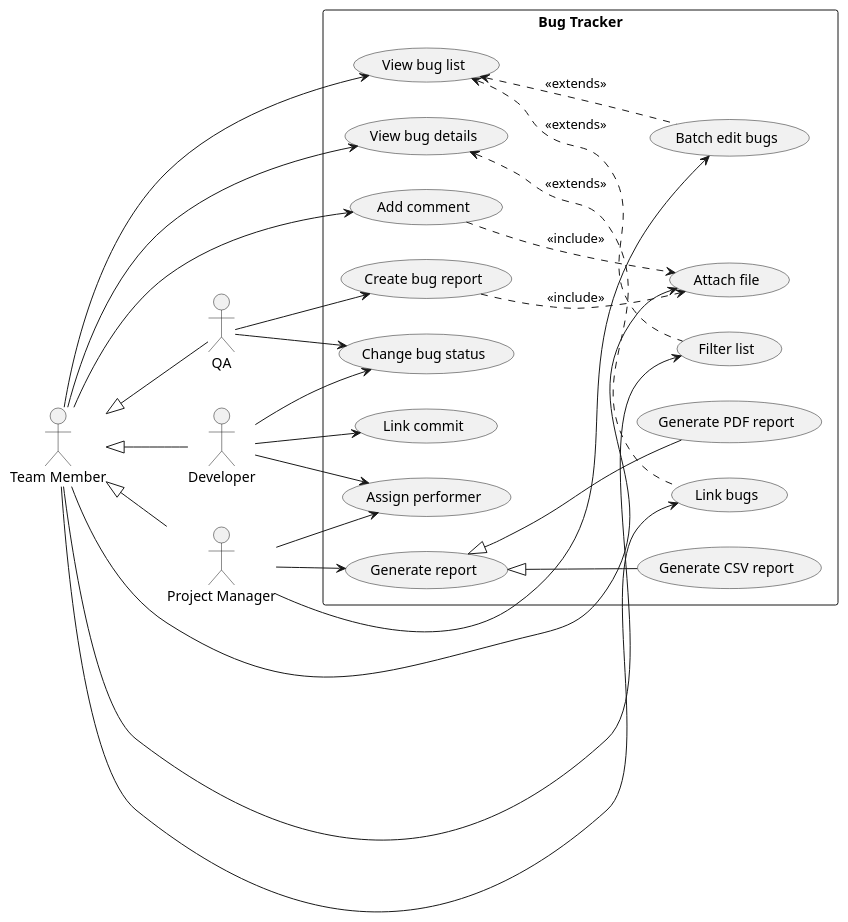
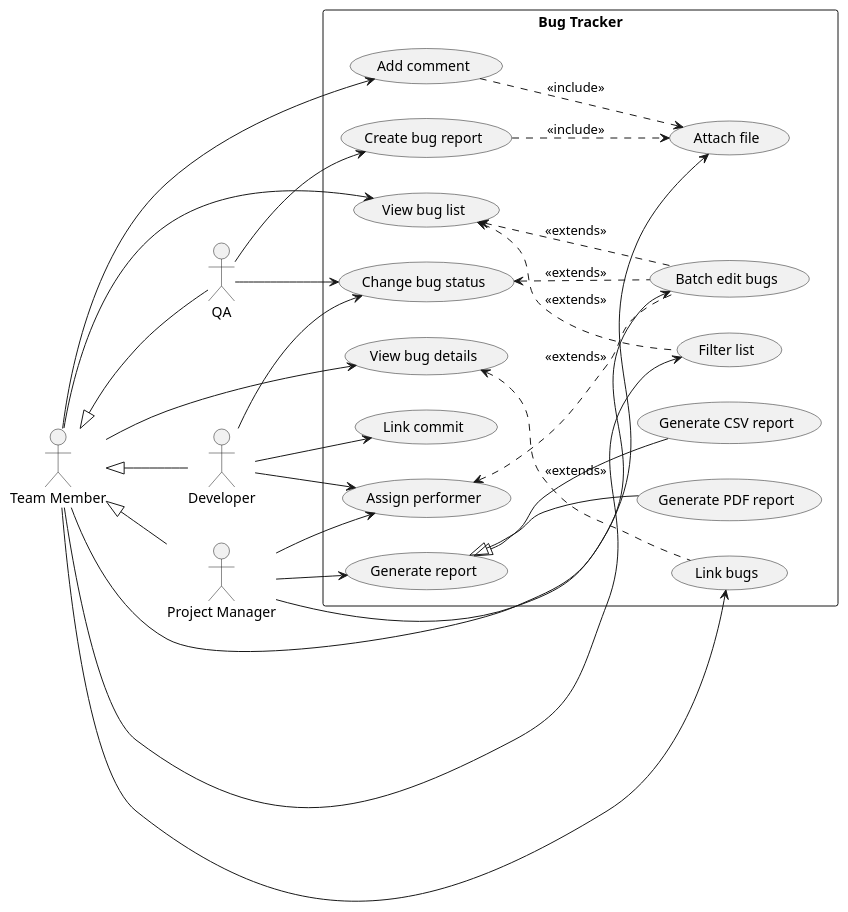
Before and after one commit to Pasha-Makarenko/KPI: the diagram in labs/lab2/diagram.puml, drawn with PlantUML. The commit also changed 1 other file, not shown here.

```diff
--- a/labs/lab2/diagram.puml
+++ b/labs/lab2/diagram.puml
@@ -1,57 +1,59 @@
 @startuml
 left to right direction
 
 actor "Team Member" as TeamMember
 actor "QA" as QA
 actor "Developer" as Dev
 actor "Project Manager" as PM
 
 TeamMember <|-- QA
 TeamMember <|-- Dev
 TeamMember <|-- PM
 
 rectangle "Bug Tracker" {
   usecase UC_ViewList as "View bug list"
   usecase UC_ViewDetails as "View bug details"
   usecase UC_AddComment as "Add comment"
   usecase UC_CreateBug as "Create bug report"
   usecase UC_ChangeStatus as "Change bug status"
   usecase UC_AssignBug as "Assign performer"
   usecase UC_LinkCommit as "Link commit"
   usecase UC_GenReport as "Generate report"
   usecase UC_AttachFile as "Attach file"
   usecase UC_FilterList as "Filter list"
   usecase UC_BatchEdit as "Batch edit bugs"
   usecase UC_LinkBugs as "Link bugs"
   usecase UC_GenPDF as "Generate PDF report"
   usecase UC_GenCSV as "Generate CSV report"
 
   TeamMember --> UC_ViewList
   TeamMember --> UC_ViewDetails
   TeamMember --> UC_AddComment
   TeamMember --> UC_AttachFile
   TeamMember --> UC_LinkBugs
   TeamMember --> UC_FilterList
 
   QA --> UC_CreateBug
   QA --> UC_ChangeStatus
 
   Dev --> UC_ChangeStatus
   Dev --> UC_AssignBug
   Dev --> UC_LinkCommit
 
   PM --> UC_GenReport
   PM --> UC_BatchEdit
   PM --> UC_AssignBug
 
   UC_GenReport <|-- UC_GenPDF
   UC_GenReport <|-- UC_GenCSV
 
   UC_ViewList <.. UC_FilterList : <<extends>>
   UC_ViewList <.. UC_BatchEdit : <<extends>>
   UC_ViewDetails <.. UC_LinkBugs : <<extends>>
+  UC_ChangeStatus <.. UC_BatchEdit : <<extends>>
+  UC_AssignBug <.. UC_BatchEdit : <<extends>>
 
   UC_CreateBug ..> UC_AttachFile : <<include>>
   UC_AddComment ..> UC_AttachFile : <<include>>
 }
 @enduml
```
